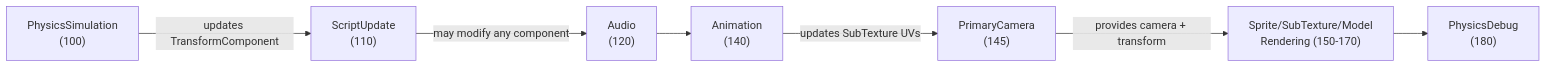
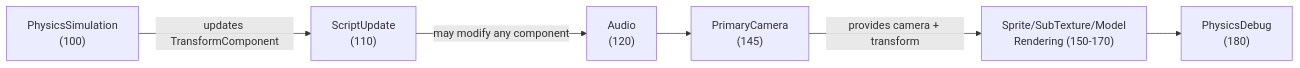
One commit to kateusz/GameEngine changed the fifth of 5 diagrams in docs/architecture/ecs-architecture.md. Above: the diagram before and after it, drawn with Mermaid. The commit also changed other lines of this file and 25 other files, not shown here.

````diff
--- a/docs/architecture/ecs-architecture.md
+++ b/docs/architecture/ecs-architecture.md
@@ -230,17 +256,15 @@
 ```mermaid
 graph LR
     Physics["PhysicsSimulation<br/>(100)"]
     Scripts["ScriptUpdate<br/>(110)"]
     Audio["Audio<br/>(120)"]
-    Animation["Animation<br/>(140)"]
     Camera["PrimaryCamera<br/>(145)"]
     Render["Sprite/SubTexture/Model<br/>Rendering (150-170)"]
     Debug["PhysicsDebug<br/>(180)"]
 
     Physics -->|"updates TransformComponent"| Scripts
     Scripts -->|"may modify any component"| Audio
-    Audio --> Animation
-    Animation -->|"updates SubTexture UVs"| Camera
+    Audio --> Camera
     Camera -->|"provides camera + transform"| Render
     Render --> Debug
 ```
````
